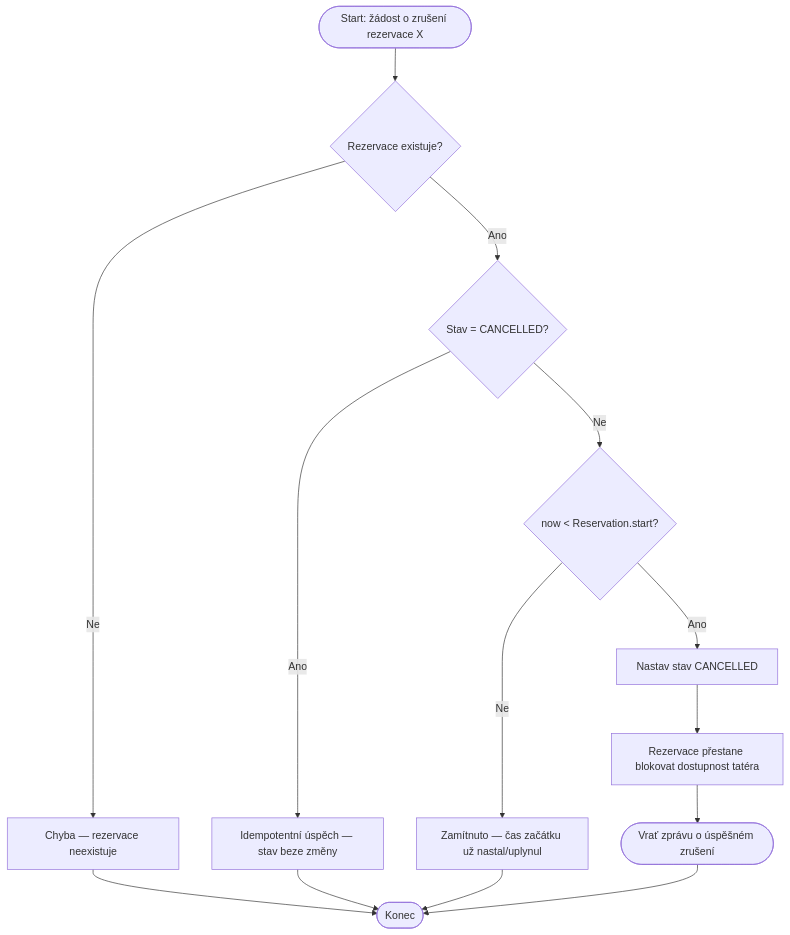
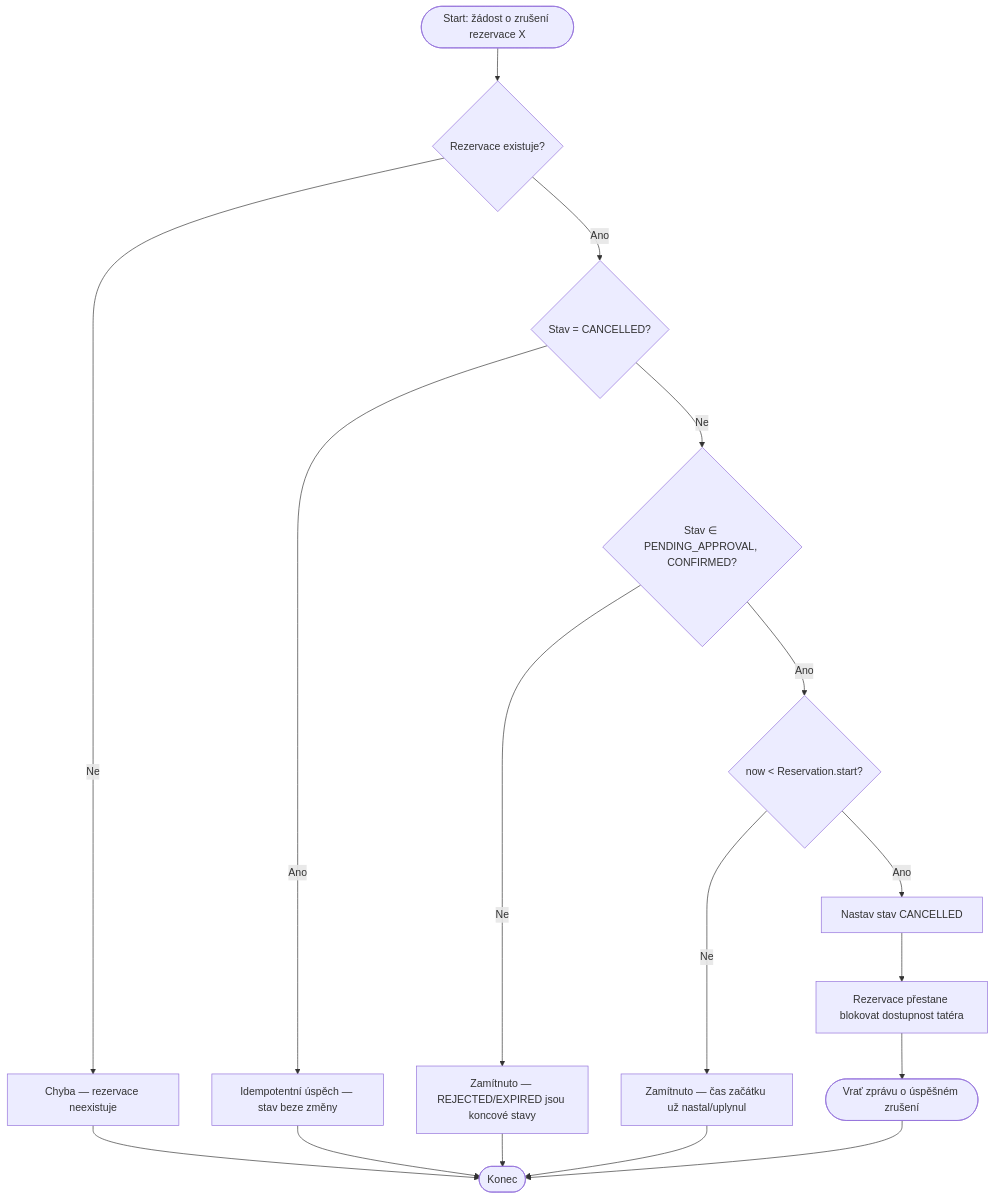
The sixth of 7 diagrams in docs/diagrams.md (Eve-linnx/tattoo_reservation_system), drawn with Mermaid before and after one commit. The commit also changed other lines of this file and 7 other files, not shown here.

````diff
--- a/docs/diagrams.md
+++ b/docs/diagrams.md
@@ -135,16 +137,19 @@
 ```mermaid
 flowchart TD
     A([Start: žádost o zrušení rezervace X]) --> B{Rezervace existuje?}
     B -- Ne --> X1[Chyba — rezervace neexistuje]
     B -- Ano --> C{Stav = CANCELLED?}
     C -- Ano --> R1[Idempotentní úspěch — stav beze změny]
-    C -- Ne --> D{now < Reservation.start?}
+    C -- Ne --> S{Stav ∈ PENDING_APPROVAL, CONFIRMED?}
+    S -- Ne --> X3[Zamítnuto — REJECTED/EXPIRED jsou koncové stavy]
+    S -- Ano --> D{now < Reservation.start?}
     D -- Ne --> X2[Zamítnuto — čas začátku už nastal/uplynul]
     D -- Ano --> F[Nastav stav CANCELLED]
     F --> G[Rezervace přestane blokovat dostupnost tatéra]
     G --> H([Vrať zprávu o úspěšném zrušení])
     X1 --> E([Konec])
     R1 --> E
     X2 --> E
+    X3 --> E
     H --> E
 ```
````
